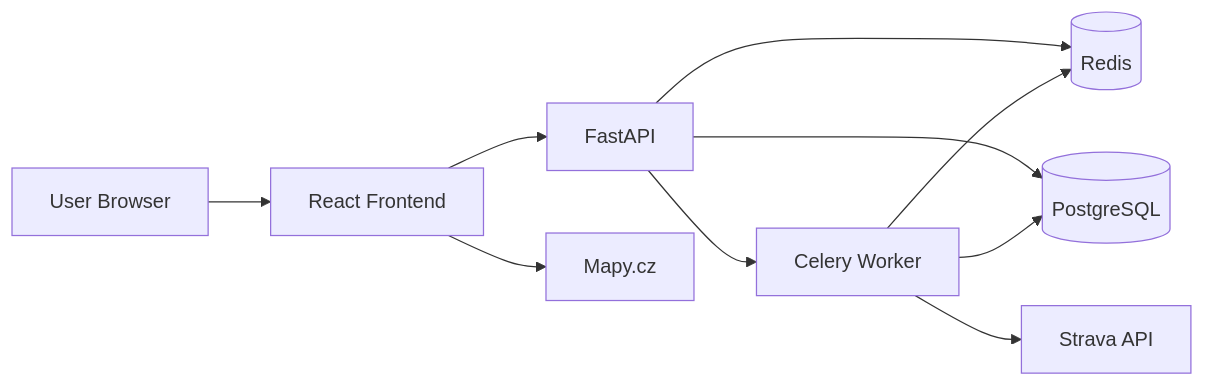
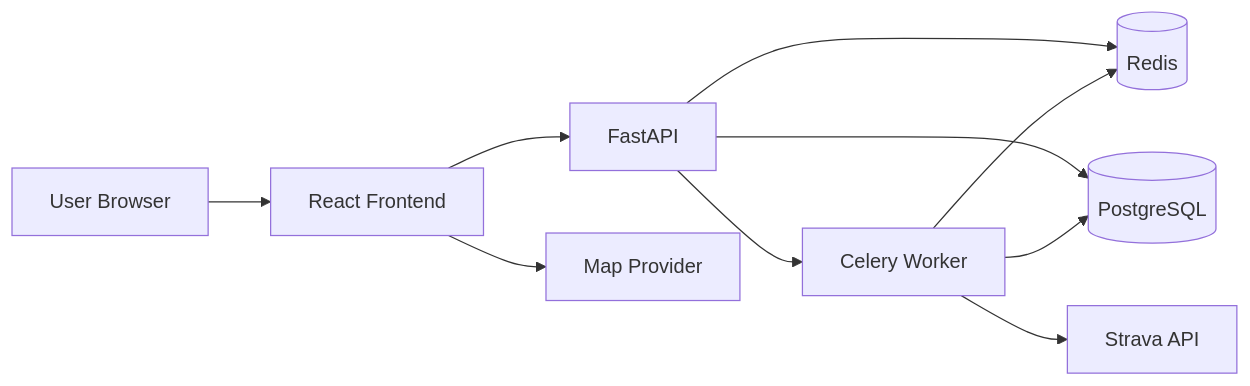
One commit to jirijanecek77/strava-insights changed the first of 2 diagrams in docs/specification.md. Above: the diagram before and after it, drawn with Mermaid. The commit also changed other lines of this file and 3 other files, not shown here.

````diff
--- a/docs/specification.md
+++ b/docs/specification.md
@@ -44,12 +87,12 @@
 ```mermaid
 flowchart LR
     U[User Browser] --> FE[React Frontend]
     FE --> API[FastAPI]
-    FE --> MAPY[Mapy.cz]
+    FE --> MAPY[Map Provider]
     API --> R[(Redis)]
     API --> DB[(PostgreSQL)]
     API --> W[Celery Worker]
     W --> STRAVA[Strava API]
     W --> DB
     W --> R
 ```
````
